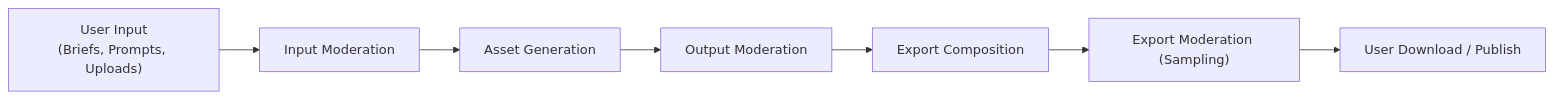
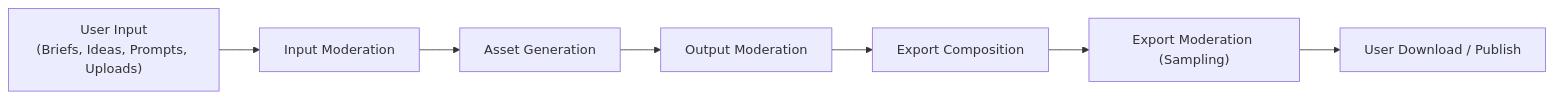
One commit to MdRahmatUllah/gen-reels changed the diagram in docs/architecture/09-content-moderation-and-safety.md. Above: the diagram before and after it, drawn with Mermaid. The commit also changed other lines of this file and 49 other files, not shown here.

Commit message:
docs: initialize project documentation including architecture, implementation plans, and phase roadmaps

````diff
--- a/docs/architecture/09-content-moderation-and-safety.md
+++ b/docs/architecture/09-content-moderation-and-safety.md
@@ -14,9 +12,9 @@
 ```mermaid
 flowchart LR
-    Input["User Input\n(Briefs, Prompts, Uploads)"] --> InputMod["Input Moderation"]
+    Input["User Input\n(Briefs, Ideas, Prompts, Uploads)"] --> InputMod["Input Moderation"]
     InputMod --> Generation["Asset Generation"]
     Generation --> OutputMod["Output Moderation"]
     OutputMod --> Export["Export Composition"]
     Export --> ExportMod["Export Moderation (Sampling)"]
     ExportMod --> Delivery["User Download / Publish"]
 ```
````
